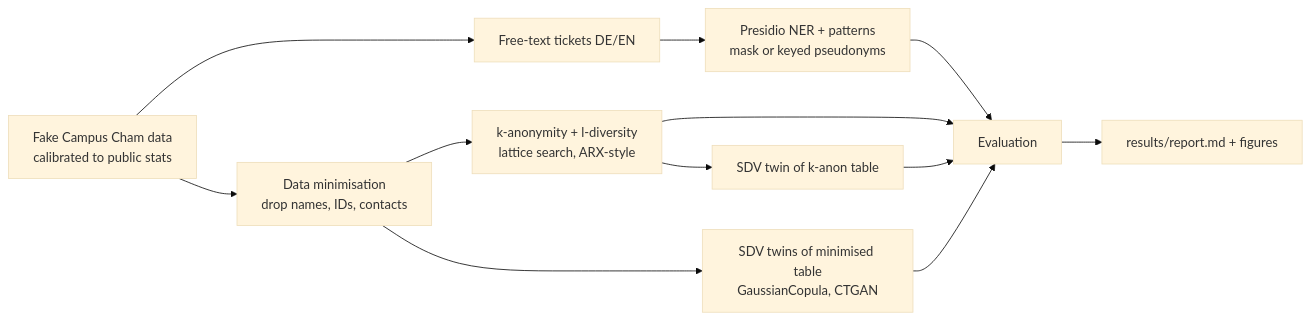
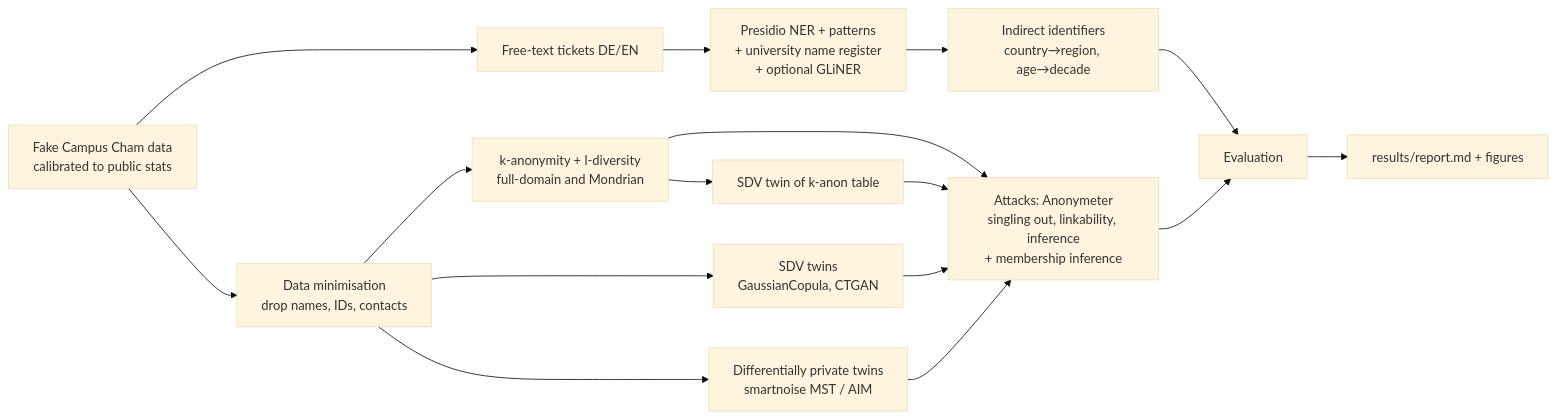
The diagram in README.md (MaheshBhushan/campus-cham-privacy), drawn with Mermaid (base theme) before and after one commit. The commit also changed other lines of this file and 29 other files, not shown here.

Commit message:
Tier 1: name register + GLiNER, indirect identifiers, Mondrian, DP twins, WP29 attacks

````diff
--- a/README.md
+++ b/README.md
@@ -8,14 +9,18 @@
 ```mermaid
 flowchart LR
     G[Fake Campus Cham data<br/>calibrated to public stats] --> M[Data minimisation<br/>drop names, IDs, contacts]
     G --> T[Free-text tickets DE/EN]
-    T --> P[Presidio NER + patterns<br/>mask or keyed pseudonyms]
-    M --> K[k-anonymity + l-diversity<br/>lattice search, ARX-style]
+    T --> P[Presidio NER + patterns<br/>+ university name register<br/>+ optional GLiNER]
+    P --> I[Indirect identifiers<br/>country→region, age→decade]
+    M --> K[k-anonymity + l-diversity<br/>full-domain and Mondrian]
     K --> S1[SDV twin of k-anon table]
-    M --> S2[SDV twins of minimised table<br/>GaussianCopula, CTGAN]
-    P --> E[Evaluation]
-    K --> E
-    S1 --> E
-    S2 --> E
+    M --> S2[SDV twins<br/>GaussianCopula, CTGAN]
+    M --> D[Differentially private twins<br/>smartnoise MST / AIM]
+    I --> E[Evaluation]
+    K --> A[Attacks: Anonymeter<br/>singling out, linkability, inference<br/>+ membership inference]
+    S1 --> A
+    S2 --> A
+    D --> A
+    A --> E
     E --> R[results/report.md + figures]
 ```
````
